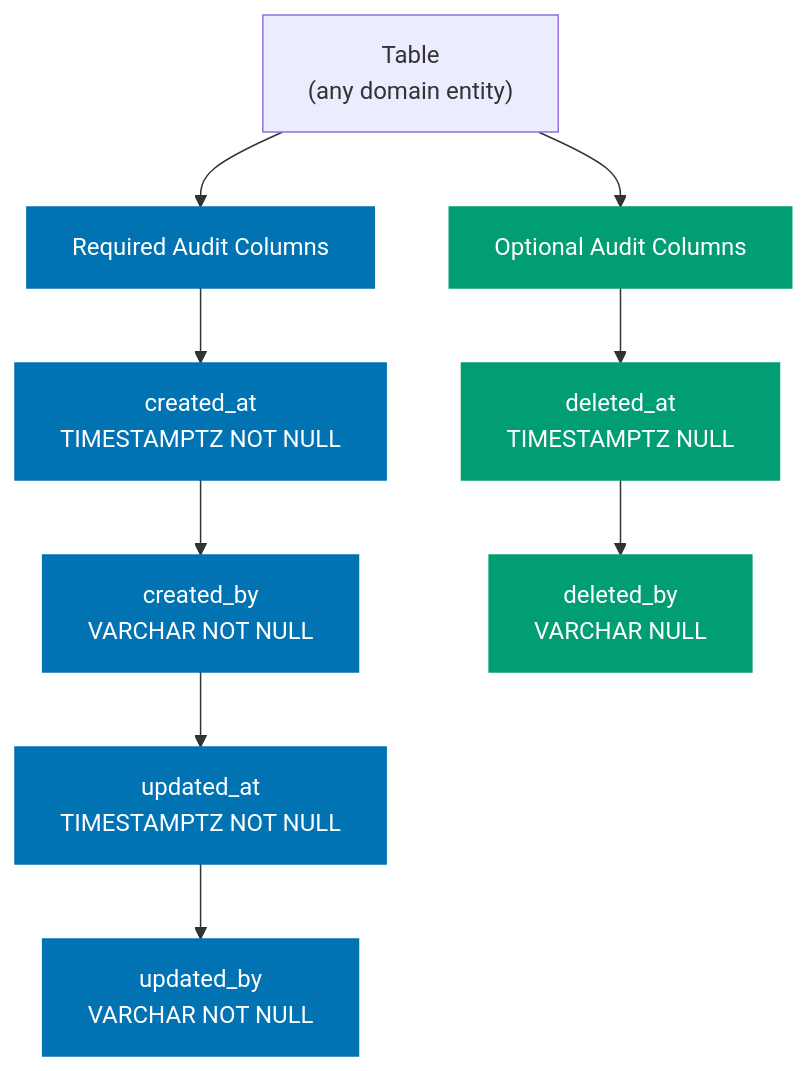
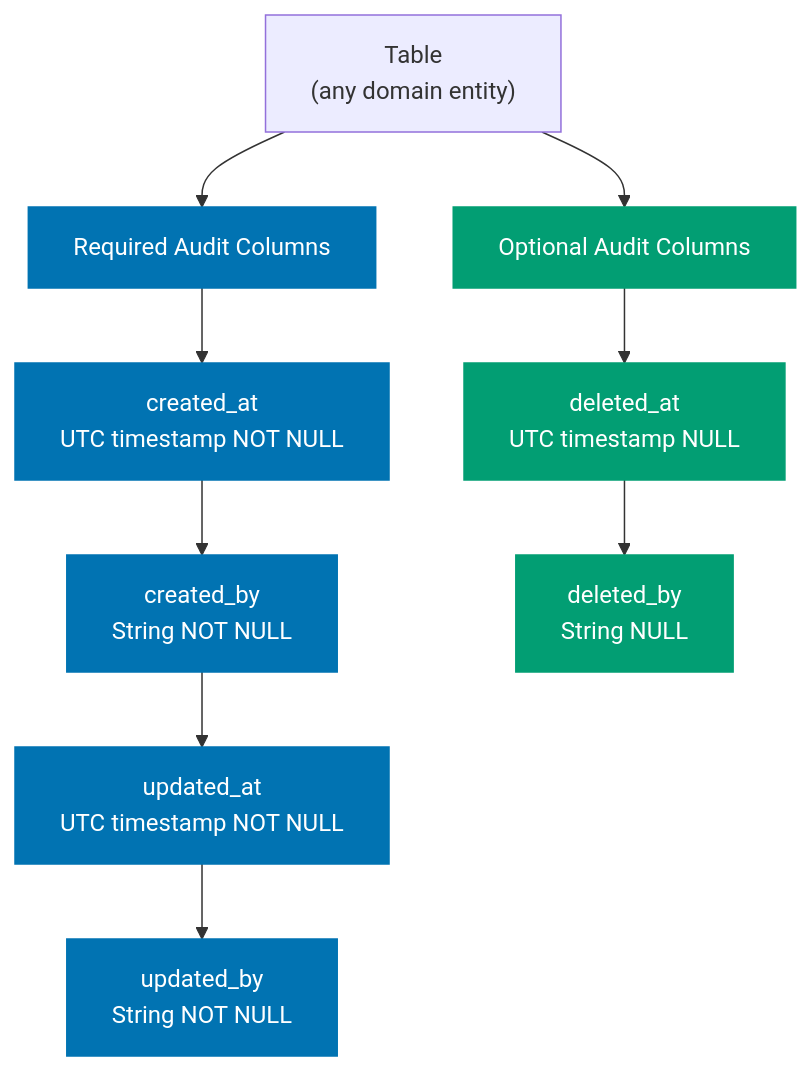
Before and after one commit to wahidyankf/baseerah: the diagram in repo-governance/development/pattern/database-audit-trail.md, drawn with Mermaid. The commit also changed other lines of this file and 1 other file, not shown here.

````diff
--- a/repo-governance/development/pattern/database-audit-trail.md
+++ b/repo-governance/development/pattern/database-audit-trail.md
@@ -43,19 +43,19 @@
 ```mermaid
 graph TD
     T["Table<br/>(any domain entity)"] --> R[Required Audit Columns]
     T --> O[Optional Audit Columns]
 
-    R --> C1["created_at<br/>TIMESTAMPTZ NOT NULL"]
-    C1 --> C2["created_by<br/>VARCHAR NOT NULL"]
-    C2 --> C3["updated_at<br/>TIMESTAMPTZ NOT NULL"]
-    C3 --> C4["updated_by<br/>VARCHAR NOT NULL"]
+    R --> C1["created_at<br/>UTC timestamp NOT NULL"]
+    C1 --> C2["created_by<br/>String NOT NULL"]
+    C2 --> C3["updated_at<br/>UTC timestamp NOT NULL"]
+    C3 --> C4["updated_by<br/>String NOT NULL"]
 
-    O --> C5["deleted_at<br/>TIMESTAMPTZ NULL"]
-    C5 --> C6["deleted_by<br/>VARCHAR NULL"]
+    O --> C5["deleted_at<br/>UTC timestamp NULL"]
+    C5 --> C6["deleted_by<br/>String NULL"]
 
     classDef required fill:#0173B2,color:#ffffff,stroke:#0173B2
     classDef optional fill:#029E73,color:#ffffff,stroke:#029E73
 
     class R,C1,C2,C3,C4 required
     class O,C5,C6 optional
 ```
````
